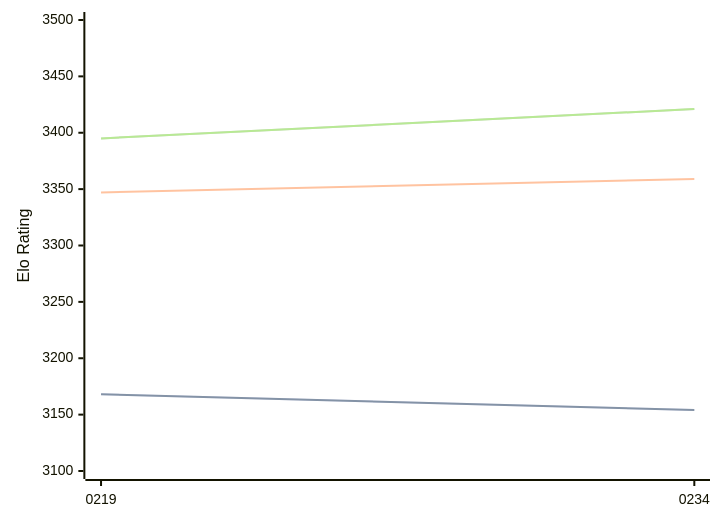
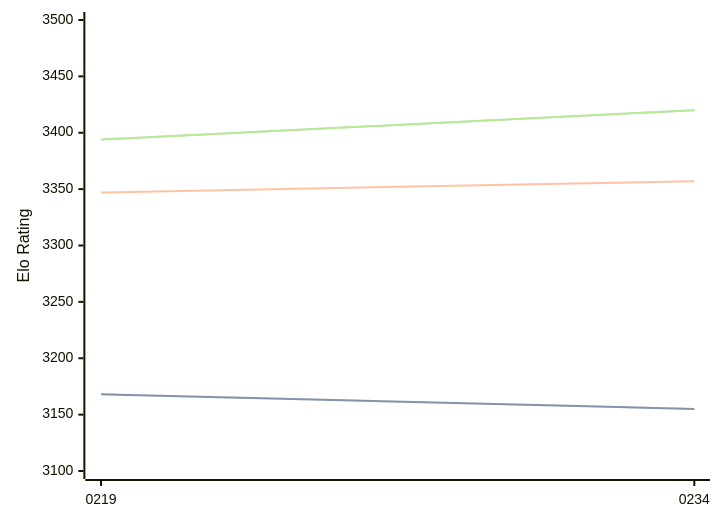
One commit to computer-chess-index/cci changed the diagram in engines/Ynode.md. Above: the diagram before and after it, drawn with Mermaid. The commit also changed other lines of this file, not shown here.

Commit message:
Update CCI Ratings (ELO VLTC) - 2026-03-30

````diff
--- a/engines/Ynode.md
+++ b/engines/Ynode.md
@@ -39,11 +39,11 @@
 ```mermaid
 %%{init: {"theme":"base","themeVariables":{"seriesColors:['#a3a3a3','#222221','#faa371']}}}%%
 xychart-beta
   x-axis ["0219", "0234"]
   y-axis "Elo Rating" 3100 --> 3500
-  line "STC (8.0+0.08s)" [3168, 3154]
-  line "STC (8.0+0.08s)" [3168, 3154]
-  line "LTC (60.0+0.60s)" [3347, 3359]
-  line "VLTC (2m24s+1.12s)" [3395, 3421]
-  line "VLTC (2m24s+1.12s)" [3395, 3421]
+  line "STC (8.0+0.08s)" [3168, 3155]
+  line "STC (8.0+0.08s)" [3168, 3155]
+  line "LTC (60.0+0.60s)" [3347, 3357]
+  line "VLTC (2m24s+1.12s)" [3394, 3420]
+  line "VLTC (2m24s+1.12s)" [3394, 3420]
 ```
````
